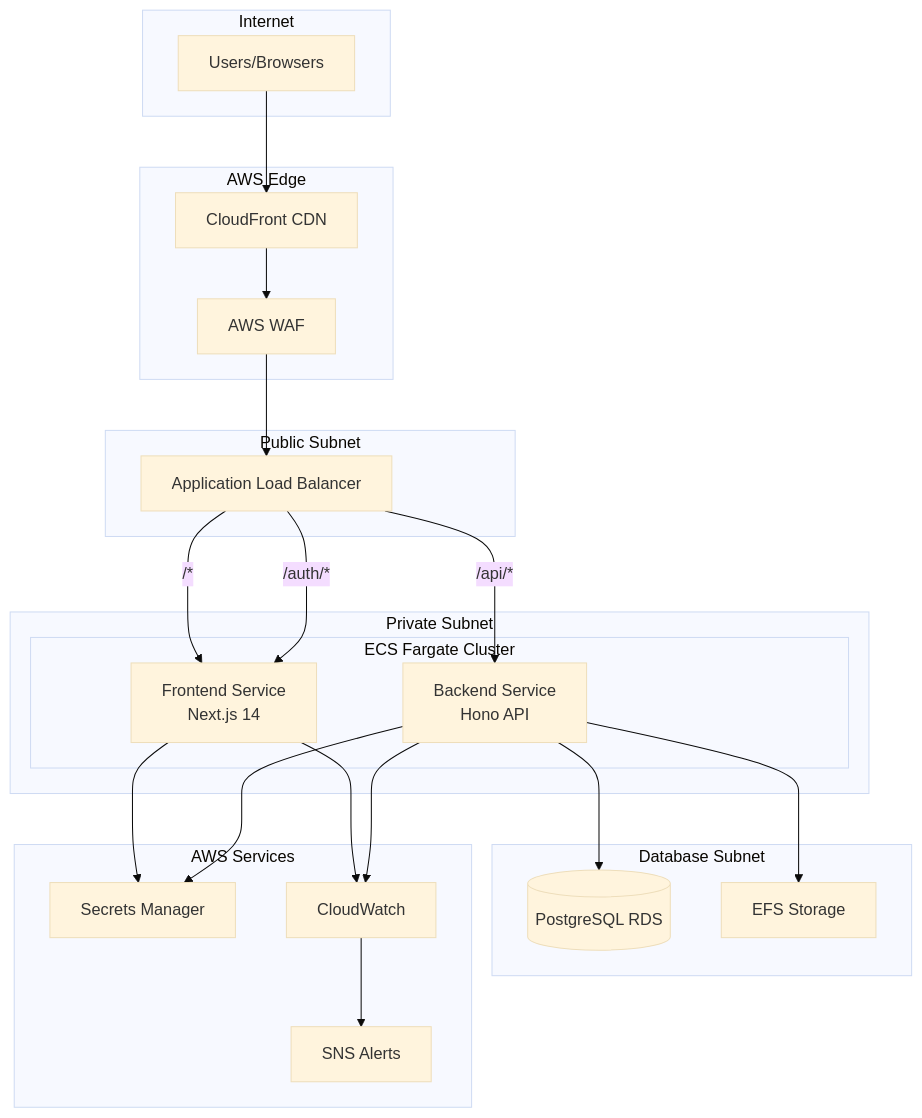
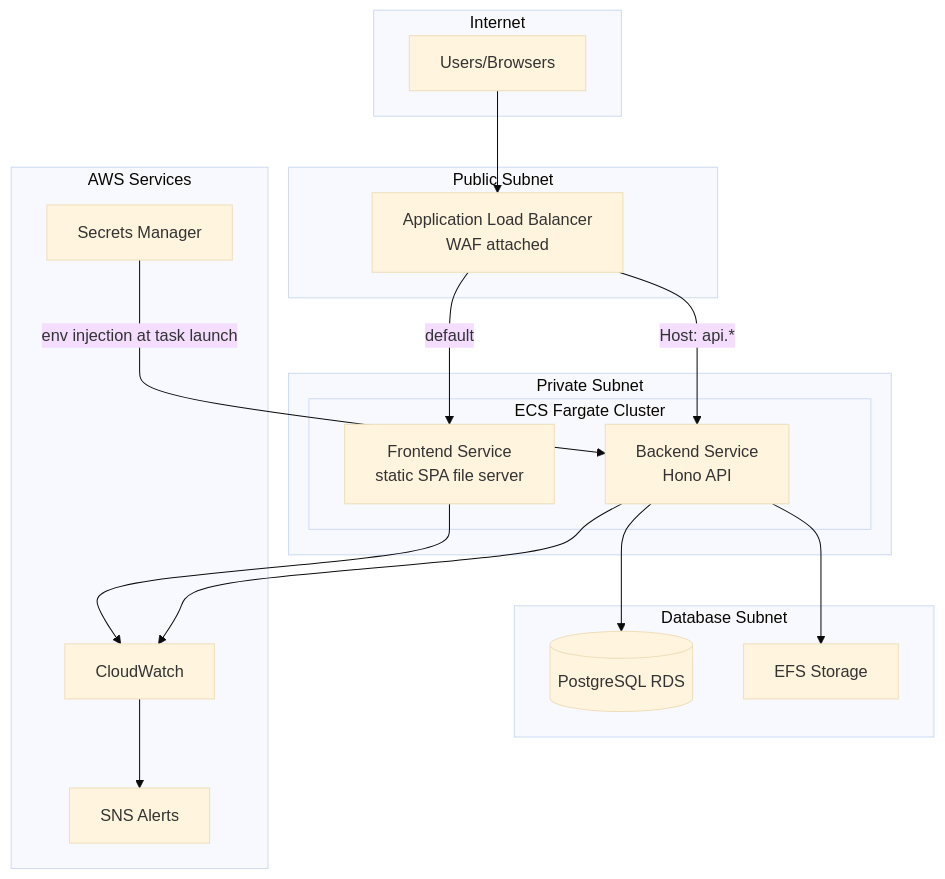
The first of 3 diagrams in docs/system/platforms/AWS.md (The-AI-Alliance/semiont), drawn with Mermaid (base theme) before and after one commit. The commit also changed other lines of this file and 21 other files, not shown here.

First line of the commit message:
Retire frontend env config; align docs, CDK, and CI with published images (#1021)

````diff
--- a/docs/system/platforms/AWS.md
+++ b/docs/system/platforms/AWS.md
@@ -20,47 +20,38 @@
 ```mermaid
 graph TB
     subgraph "Internet"
         Users[Users/Browsers]
     end
 
-    subgraph "AWS Edge"
-        CF[CloudFront CDN]
-        WAF[AWS WAF]
-    end
-
     subgraph "Public Subnet"
-        ALB[Application Load Balancer]
+        ALB[Application Load Balancer<br/>WAF attached]
     end
 
     subgraph "Private Subnet"
         subgraph "ECS Fargate Cluster"
-            Frontend[Frontend Service<br/>Next.js 14]
+            Frontend[Frontend Service<br/>static SPA file server]
             Backend[Backend Service<br/>Hono API]
         end
     end
 
     subgraph "Database Subnet"
         RDS[(PostgreSQL RDS)]
         EFS[EFS Storage]
     end
 
     subgraph "AWS Services"
         SM[Secrets Manager]
         CW[CloudWatch]
         SNS[SNS Alerts]
     end
 
-    Users --> CF
-    CF --> WAF
-    WAF --> ALB
-    ALB -->|/auth/*| Frontend
-    ALB -->|/api/*| Backend
-    ALB -->|/*| Frontend
+    Users --> ALB
+    ALB -->|Host: api.*| Backend
+    ALB -->|default| Frontend
     Backend --> RDS
     Backend --> EFS
-    Backend --> SM
-    Frontend --> SM
+    SM -->|env injection at task launch| Backend
     Backend --> CW
     Frontend --> CW
     CW --> SNS
 ```
````
